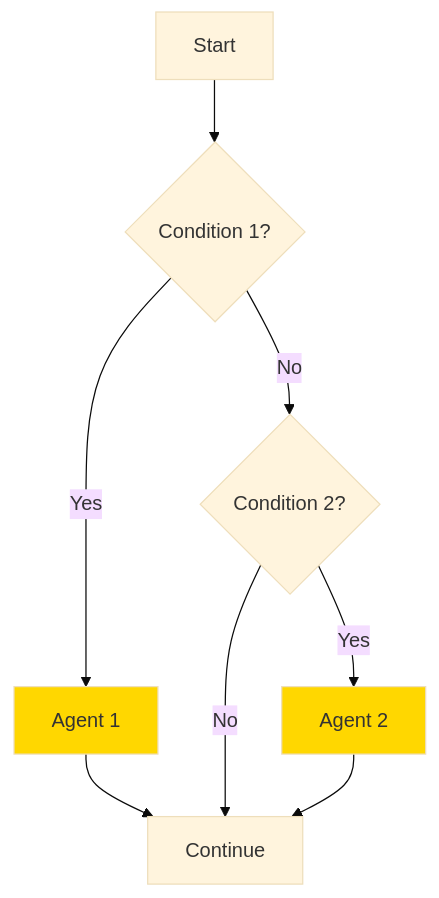
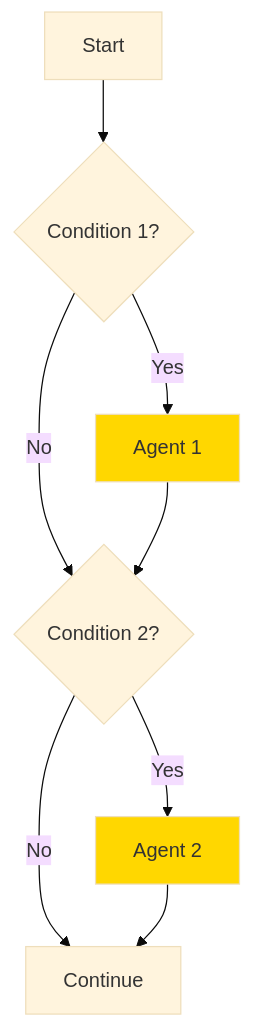
One commit to mbroz2/jcon-europe-2026 changed the third of 6 diagrams in docs/docs/step-02.md. Above: the diagram before and after it, drawn with Mermaid (base theme). The commit also changed other lines of this file and 2 other files, not shown here.

Commit message:
fix conditional workflow logic
* fix wording

* remove copy of import.sql files

* fix conditional workflow diagram

* fix conditional workflow logic

* fixed conditional workflow diagram and examples

````diff
--- a/docs/docs/step-02.md
+++ b/docs/docs/step-02.md
@@ -96,12 +96,12 @@
 ```mermaid
 graph TD
     Start[Start] --> Check1{Condition 1?}
     Check1 -->|Yes| A[Agent 1]
     Check1 -->|No| Check2{Condition 2?}
-    A --> End[Continue]
+    A --> Check2
     Check2 -->|Yes| B[Agent 2]
     Check2 -->|No| End
-    B --> End
+    B --> End[Continue]
     style A fill:#FFD700
     style B fill:#FFD700
 ```
````
